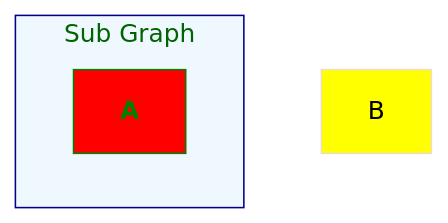
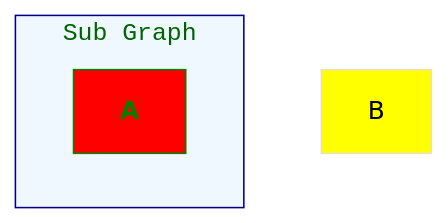
Before and after one commit to jrcs3/Mermaid-Demo: the third of 9 diagrams in style.md, drawn with Mermaid (base theme). The commit also changed other lines of this file and 4 other files, not shown here.

````diff
--- a/style.md
+++ b/style.md
@@ -89,18 +90,18 @@
 ``` mermaid
 graph TB
   %% Styling
   classDef AyeCD fill:red,color:green,font-weight:bold,stroke:green
   classDef BeeCD fill:yellow,color:black
-  classDef SgCD fill:aliceblue,color:darkgreen,stroke:darkblue
+  classDef SgCD fill:aliceblue,color:darkgreen,stroke:darkblue,font-family:monospace;
 
   %% Nodes
   subgraph sg[Sub Graph]
   A
   end
   B
 
   %% Classes (must be below the Nodes)
   class A AyeCD
   class B BeeCD
   class sg SgCD
 ```
````
